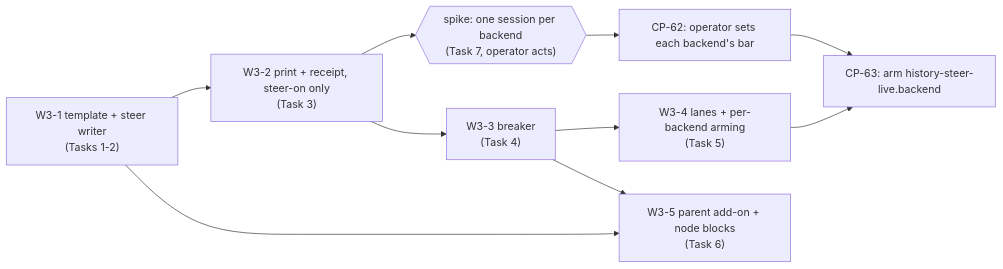
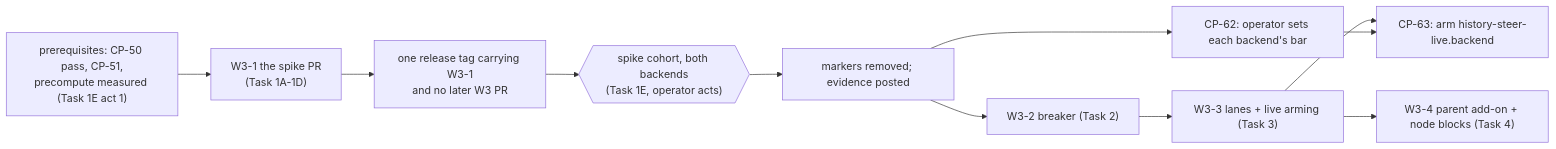
Before and after one commit to Synapsium-Labs/ccrc-pwa: the diagram in docs/superpowers/plans/2026-10-29-ccrc-history-w3-steering.md, drawn with Mermaid. The commit also changed other lines of this file and 1 other file, not shown here.

````diff
--- a/docs/superpowers/plans/2026-10-29-ccrc-history-w3-steering.md
+++ b/docs/superpowers/plans/2026-10-29-ccrc-history-w3-steering.md
@@ -113,12 +116,13 @@
 ```mermaid
 flowchart LR
-  P1["W3-1 template + steer writer<br/>(Tasks 1-2)"] --> P2["W3-2 print + receipt, steer-on only<br/>(Task 3)"]
-  P2 --> S{{"spike: one session per backend<br/>(Task 7, operator acts)"}}
-  P2 --> P3["W3-3 breaker<br/>(Task 4)"]
-  P3 --> P4["W3-4 lanes + per-backend arming<br/>(Task 5)"]
-  S --> B["CP-62: operator sets each backend's bar"]
-  P4 --> A["CP-63: arm history-steer-live.backend"]
+  P["prerequisites: CP-50 pass, CP-51,<br/>precompute measured (Task 1E act 1)"] --> T1["W3-1 the spike PR<br/>(Task 1A-1D)"]
+  T1 --> R1["one release tag carrying W3-1<br/>and no later W3 PR"]
+  R1 --> C{{"spike cohort, both backends<br/>(Task 1E, operator acts)"}}
+  C --> E["markers removed; evidence posted"]
+  E --> B["CP-62: operator sets each backend's bar"]
+  E --> T2["W3-2 breaker (Task 2)"]
+  T2 --> T3["W3-3 lanes + live arming (Task 3)"]
+  T3 --> T4["W3-4 parent add-on + node blocks (Task 4)"]
+  T3 --> A["CP-63: arm history-steer-live.backend"]
   B --> A
-  P1 --> P5["W3-5 parent add-on + node blocks<br/>(Task 6)"]
-  P3 --> P5
 ```
````
